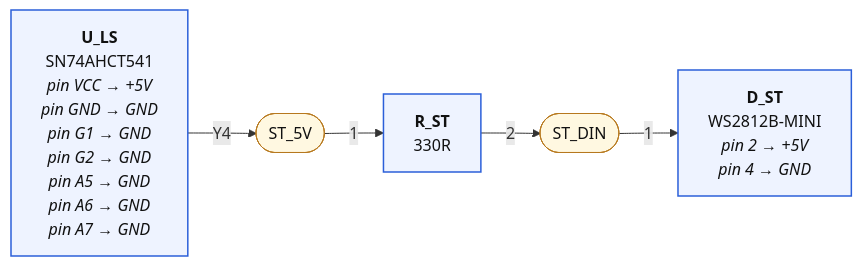
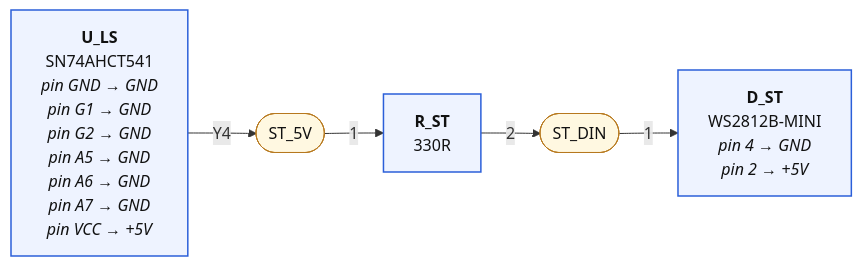
One commit to mrwillson2u/propmesh changed the fourth of 5 diagrams in hardware/pro/sheets/05-led.diagram.md. Above: the diagram before and after it, drawn with Mermaid. The commit also changed other lines of this file and 59 other files, not shown here.

````diff
--- a/hardware/pro/sheets/05-led.diagram.md
+++ b/hardware/pro/sheets/05-led.diagram.md
@@ -111,19 +119,19 @@
 ```mermaid
 graph LR
   classDef part fill:#eef3ff,stroke:#2b5fd9,stroke-width:1.5px,color:#111
   classDef net fill:#fff8e1,stroke:#b7791f,color:#111
   classDef rail fill:#ffe0b2,stroke:#e65100,stroke-width:3px,color:#111,font-weight:bold
   classDef badnet fill:#ffe0e0,stroke:#c00,stroke-width:3px,color:#111,font-weight:bold
   classDef absent fill:#fff,stroke:#c00,stroke-width:2px,stroke-dasharray:6 4,color:#c00
   classDef extra fill:#ffecec,stroke:#c00,stroke-width:2px,color:#111
   classDef dnp fill:#f5f5f5,stroke:#999,stroke-dasharray:3 3,color:#666
   N_ST_5V(["ST_5V"]):::net
-  P_U_LS["<b>U_LS</b><br/>SN74AHCT541<br/><i>pin VCC → +5V</i><br/><i>pin GND → GND</i><br/><i>pin G1 → GND</i><br/><i>pin G2 → GND</i><br/><i>pin A5 → GND</i><br/><i>pin A6 → GND</i><br/><i>pin A7 → GND</i>"]:::part
+  P_U_LS["<b>U_LS</b><br/>SN74AHCT541<br/><i>pin GND → GND</i><br/><i>pin G1 → GND</i><br/><i>pin G2 → GND</i><br/><i>pin A5 → GND</i><br/><i>pin A6 → GND</i><br/><i>pin A7 → GND</i><br/><i>pin VCC → +5V</i>"]:::part
   P_U_LS --"Y4"--> N_ST_5V
   P_R_ST["<b>R_ST</b><br/>330R"]:::part
   N_ST_5V --"1"--> P_R_ST
   N_ST_DIN(["ST_DIN"]):::net
   P_R_ST --"2"--> N_ST_DIN
-  P_D_ST["<b>D_ST</b><br/>WS2812B-MINI<br/><i>pin 2 → +5V</i><br/><i>pin 4 → GND</i>"]:::part
+  P_D_ST["<b>D_ST</b><br/>WS2812B-MINI<br/><i>pin 4 → GND</i><br/><i>pin 2 → +5V</i>"]:::part
   N_ST_DIN --"1"--> P_D_ST
 ```
````
